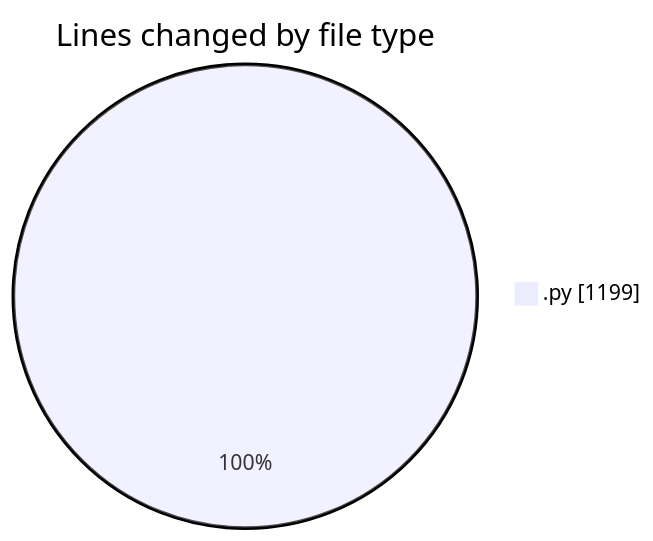
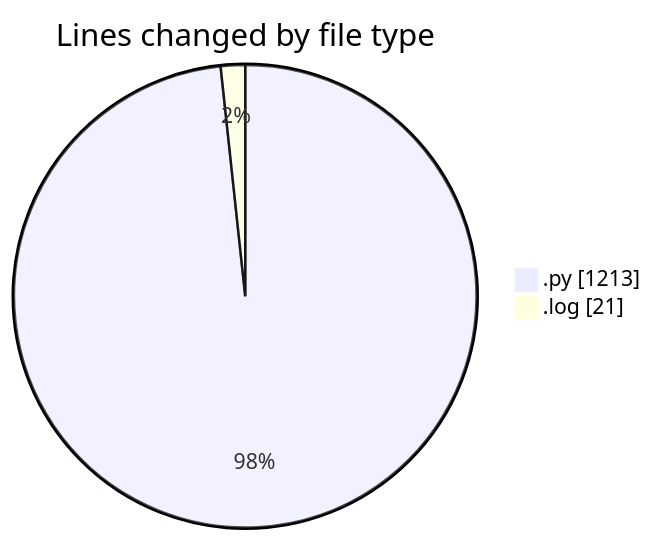
One commit to momahboobian/code-tracking changed the first of 2 diagrams in 2025-05-06/samplepdf/README.md. Above: the diagram before and after it, drawn with Mermaid. The commit also changed other lines of this file and 1 other file, not shown here.

````diff
--- a/2025-05-06/samplepdf/README.md
+++ b/2025-05-06/samplepdf/README.md
@@ -32,5 +33,6 @@
 ```mermaid
 pie showData
 title Lines changed by file type
-".py" : 1199
+".py" : 1213
+".log" : 21
 ```
````
